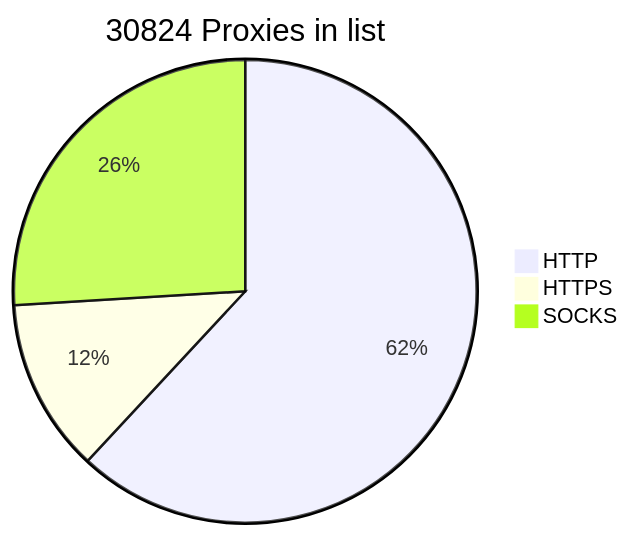
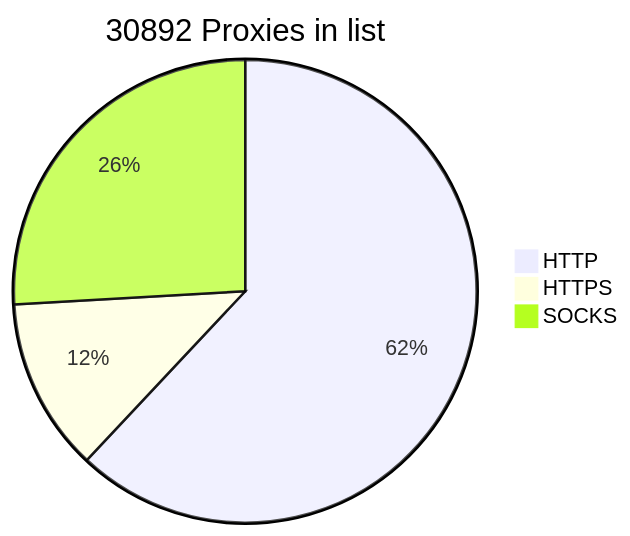
One commit to BlackSnowDot/proxylist-update-every-minute changed the diagram in README.md. Above: the diagram before and after it, drawn with Mermaid.

````diff
--- a/README.md
+++ b/README.md
@@ -2,6 +2,6 @@
 ```mermaid
-pie title 30824 Proxies in list
-    "HTTP" : 20986
+pie title 30892 Proxies in list
+    "HTTP" : 21054
     "HTTPS": 4110
     "SOCKS" : 8800
 ```
````
